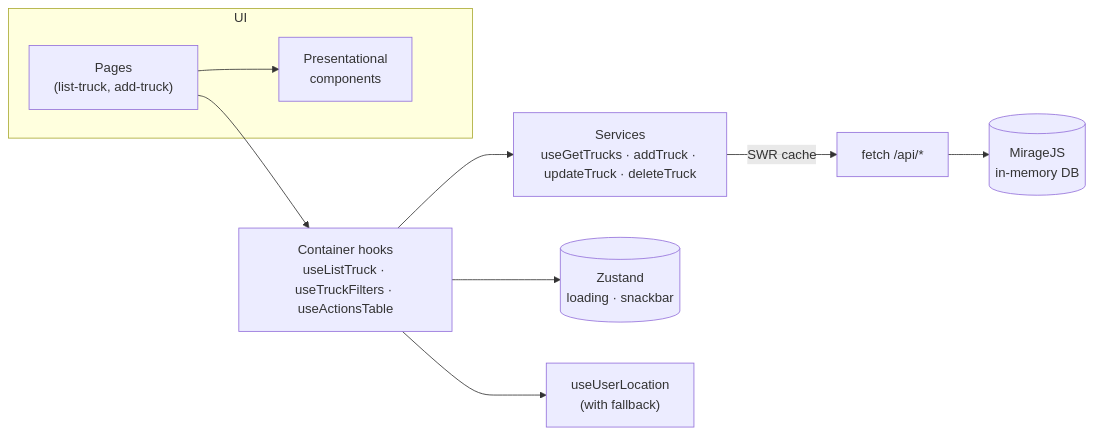
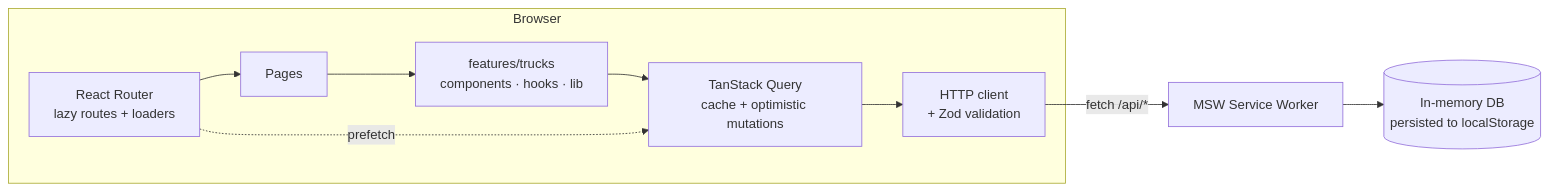
The diagram in README.md (cybermaique/trucktracker), drawn with Mermaid before and after one commit. The commit also changed other lines of this file and 15 other files, not shown here.

````diff
--- a/README.md
+++ b/README.md
@@ -71,12 +84,12 @@
 ```mermaid
 flowchart LR
-  subgraph UI
-    Page["Pages<br/>(list-truck, add-truck)"] --> Components["Presentational<br/>components"]
+  subgraph Browser
+    Router["React Router<br/>lazy routes + loaders"] --> Pages
+    Pages --> Features["features/trucks<br/>components · hooks · lib"]
+    Features --> Query["TanStack Query<br/>cache + optimistic mutations"]
+    Router -. prefetch .-> Query
+    Query --> Client["HTTP client<br/>+ Zod validation"]
   end
-  Page --> Containers["Container hooks<br/>useListTruck · useTruckFilters · useActionsTable"]
-  Containers --> Services["Services<br/>useGetTrucks · addTruck · updateTruck · deleteTruck"]
-  Containers --> Zustand[("Zustand<br/>loading · snackbar")]
-  Containers --> Geo["useUserLocation<br/>(with fallback)"]
-  Services -- "SWR cache" --> API["fetch /api/*"]
-  API --> Mirage[("MirageJS<br/>in-memory DB")]
+  Client -- "fetch /api/*" --> SW["MSW Service Worker"]
+  SW --> DB[("In-memory DB<br/>persisted to localStorage")]
 ```
````
